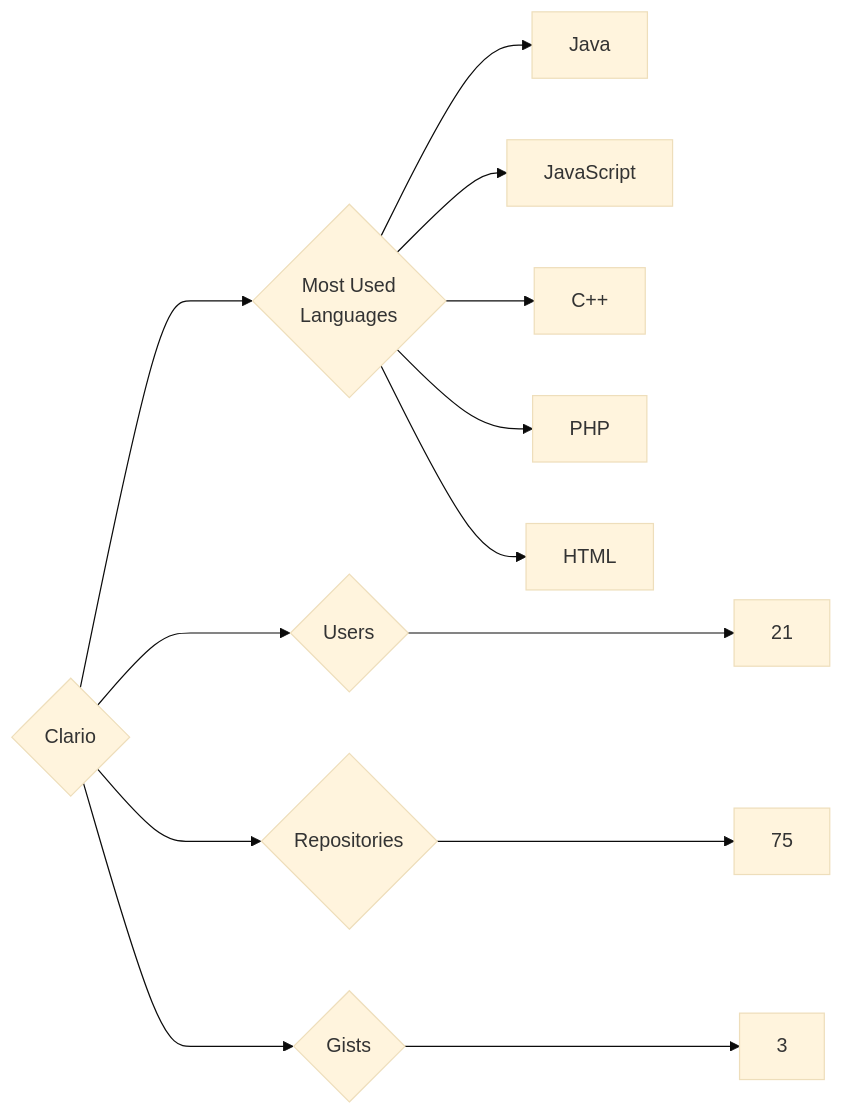
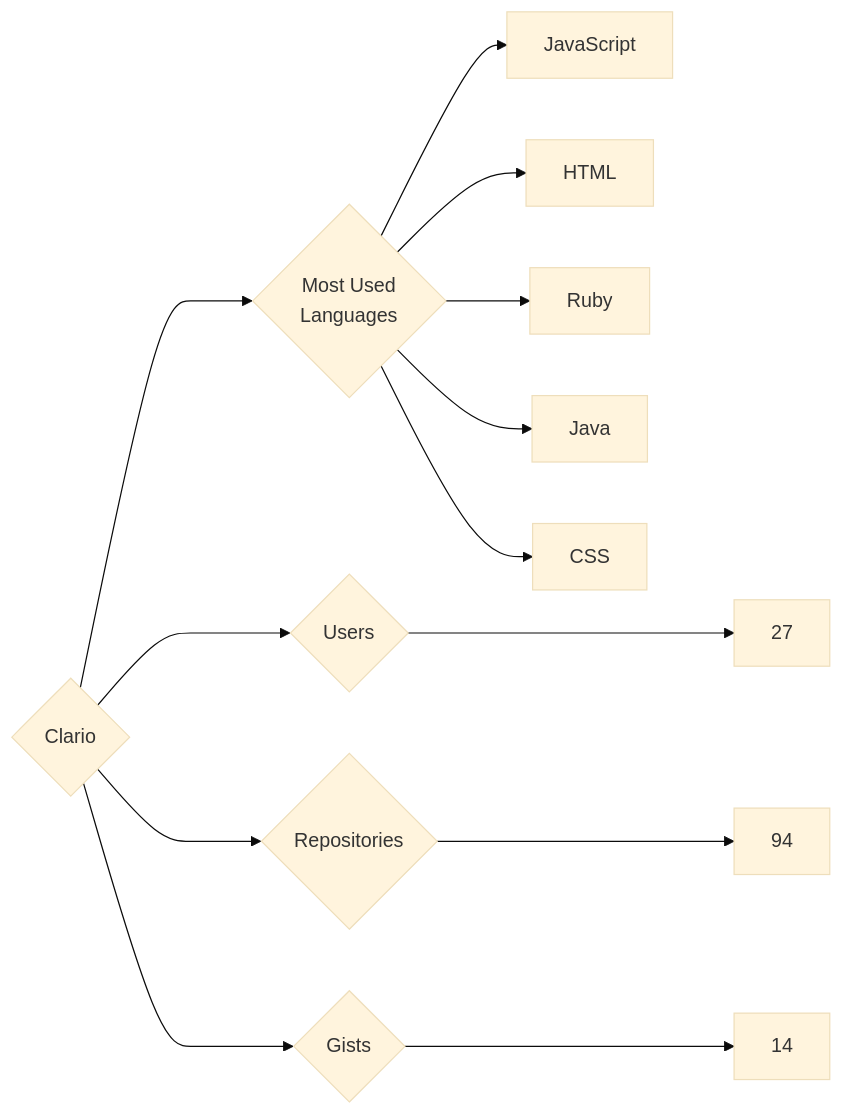
The diagram in targets/Clario/README.md (trickest/insiders), drawn with Mermaid (base theme) before and after one commit. The commit also changed 891 other files, not shown here.

````diff
--- a/targets/Clario/README.md
+++ b/targets/Clario/README.md
@@ -3,13 +3,13 @@
 ```mermaid
 graph LR
 COMPANY_NAME{Clario}
-COMPANY_NAME ---> U{Users} ---> UN[21]
-COMPANY_NAME ---> R{Repositories} ---> RN[75]
-COMPANY_NAME ---> G{Gists} ---> GN[3]
+COMPANY_NAME ---> U{Users} ---> UN[27]
+COMPANY_NAME ---> R{Repositories} ---> RN[94]
+COMPANY_NAME ---> G{Gists} ---> GN[14]
 COMPANY_NAME ---> ML{Most Used<br>Languages}
+ML --> JavaScript[JavaScript]
+ML --> HTML[HTML]
+ML --> Ruby[Ruby]
 ML --> Java[Java]
-ML --> JavaScript[JavaScript]
-ML --> C++[C++]
-ML --> PHP[PHP]
-ML --> HTML[HTML]
+ML --> CSS[CSS]
 ```
````
